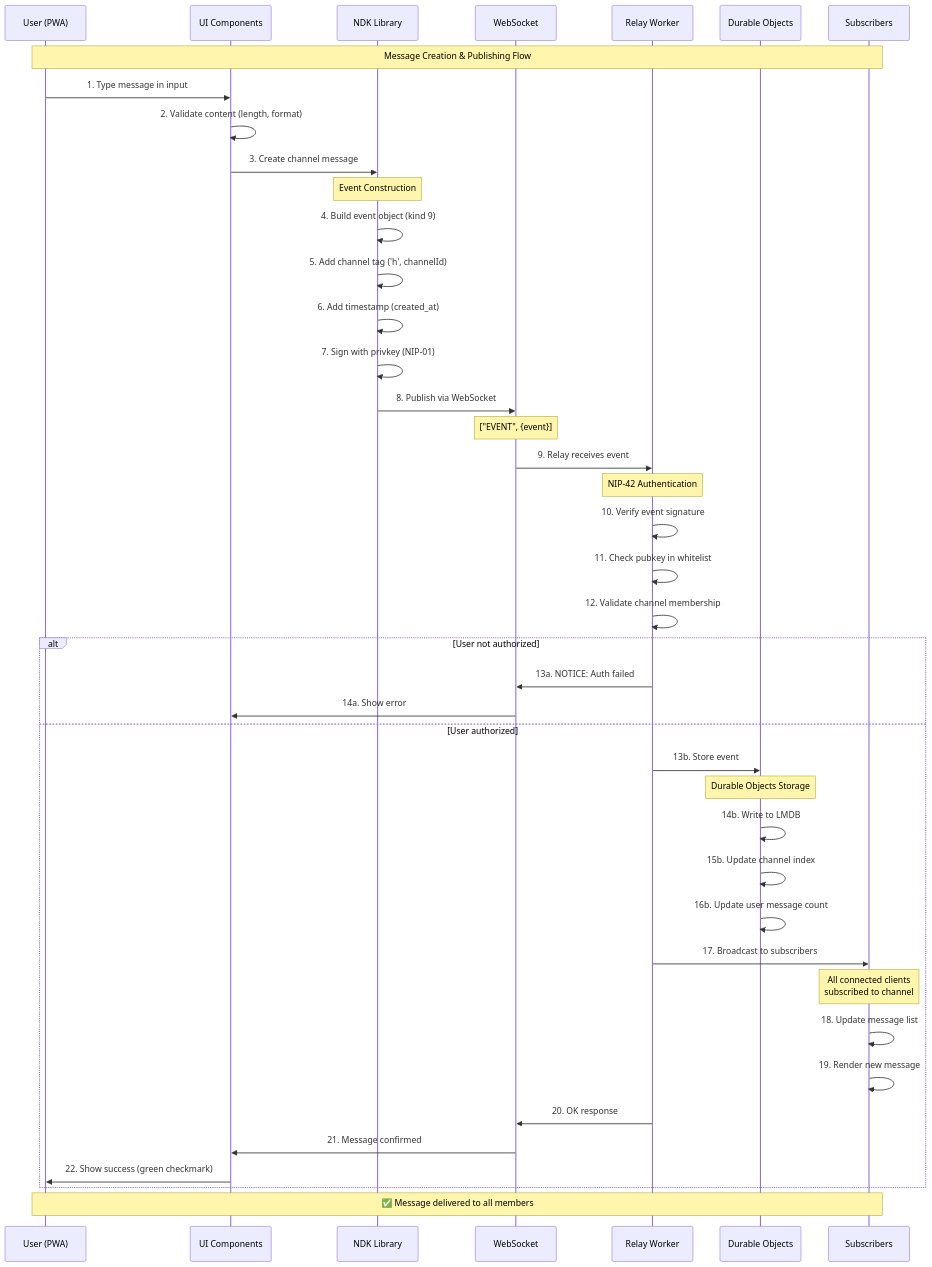
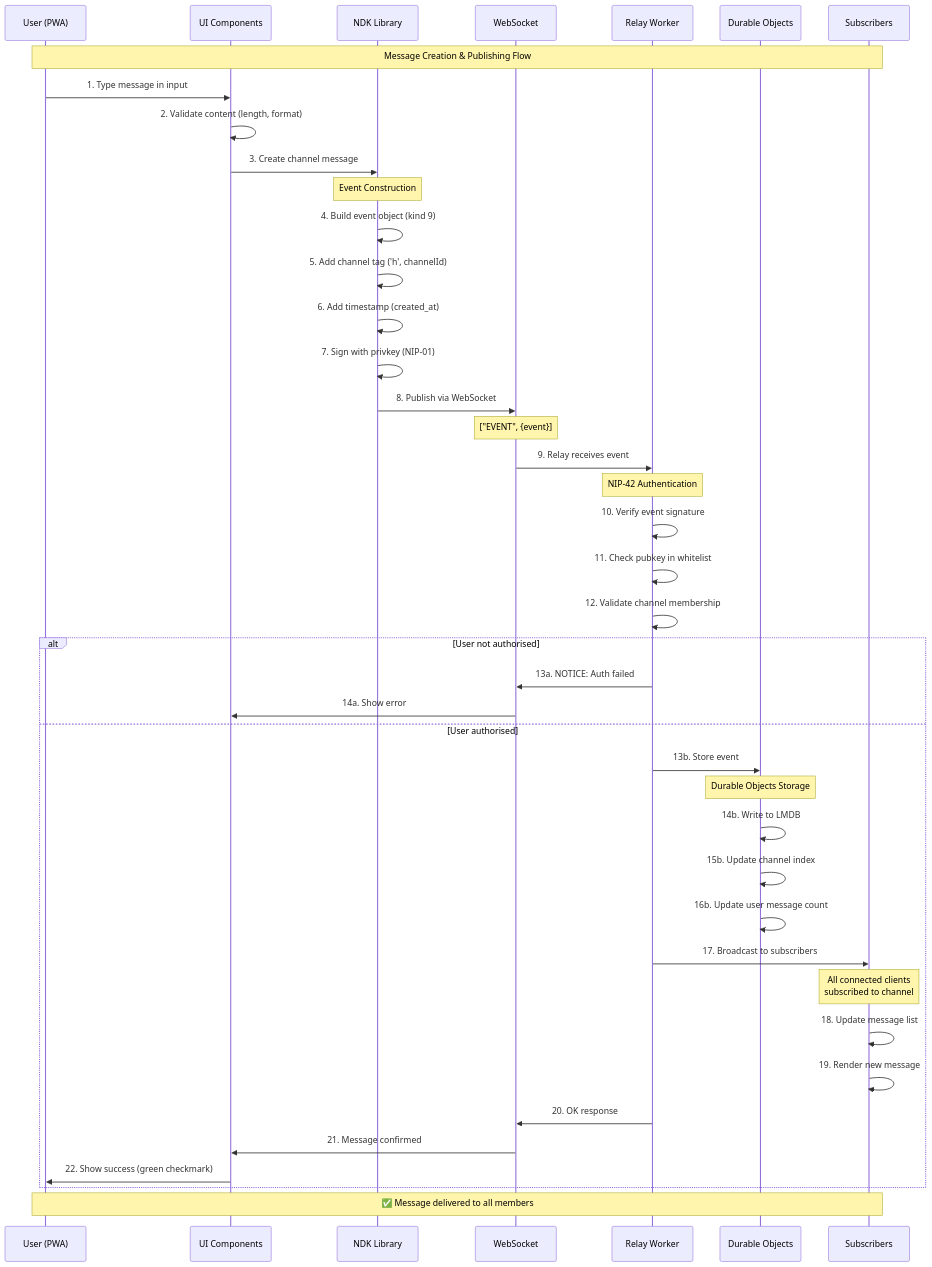
The second of 12 diagrams in docs/architecture/02-architecture.md (jjohare/nostr-BBS), drawn with Mermaid before and after one commit. The commit also changed other lines of this file and 101 other files, not shown here.

````diff
--- a/docs/architecture/02-architecture.md
+++ b/docs/architecture/02-architecture.md
@@ -66,56 +67,56 @@
 ```mermaid
 sequenceDiagram
     participant U as User (PWA)
     participant UI as UI Components
     participant NDK as NDK Library
     participant WS as WebSocket
     participant R as Relay Worker
     participant DO as Durable Objects
     participant SUB as Subscribers
 
     Note over U,SUB: Message Creation & Publishing Flow
 
     U->>UI: 1. Type message in input
     UI->>UI: 2. Validate content (length, format)
     UI->>NDK: 3. Create channel message
 
     Note over NDK: Event Construction
     NDK->>NDK: 4. Build event object (kind 9)
     NDK->>NDK: 5. Add channel tag ('h', channelId)
     NDK->>NDK: 6. Add timestamp (created_at)
     NDK->>NDK: 7. Sign with privkey (NIP-01)
 
     NDK->>WS: 8. Publish via WebSocket
     Note over WS: ["EVENT", {event}]
 
     WS->>R: 9. Relay receives event
 
     Note over R: NIP-42 Authentication
     R->>R: 10. Verify event signature
     R->>R: 11. Check pubkey in whitelist
     R->>R: 12. Validate channel membership
 
-    alt User not authorized
+    alt User not authorised
         R->>WS: 13a. NOTICE: Auth failed
         WS->>UI: 14a. Show error
-    else User authorized
+    else User authorised
         R->>DO: 13b. Store event
 
         Note over DO: Durable Objects Storage
         DO->>DO: 14b. Write to LMDB
         DO->>DO: 15b. Update channel index
         DO->>DO: 16b. Update user message count
 
         R->>SUB: 17. Broadcast to subscribers
         Note over SUB: All connected clients<br/>subscribed to channel
 
         SUB->>SUB: 18. Update message list
         SUB->>SUB: 19. Render new message
 
         R->>WS: 20. OK response
         WS->>UI: 21. Message confirmed
         UI->>U: 22. Show success (green checkmark)
     end
 
     Note over U,SUB: ✅ Message delivered to all members
 ```
````
